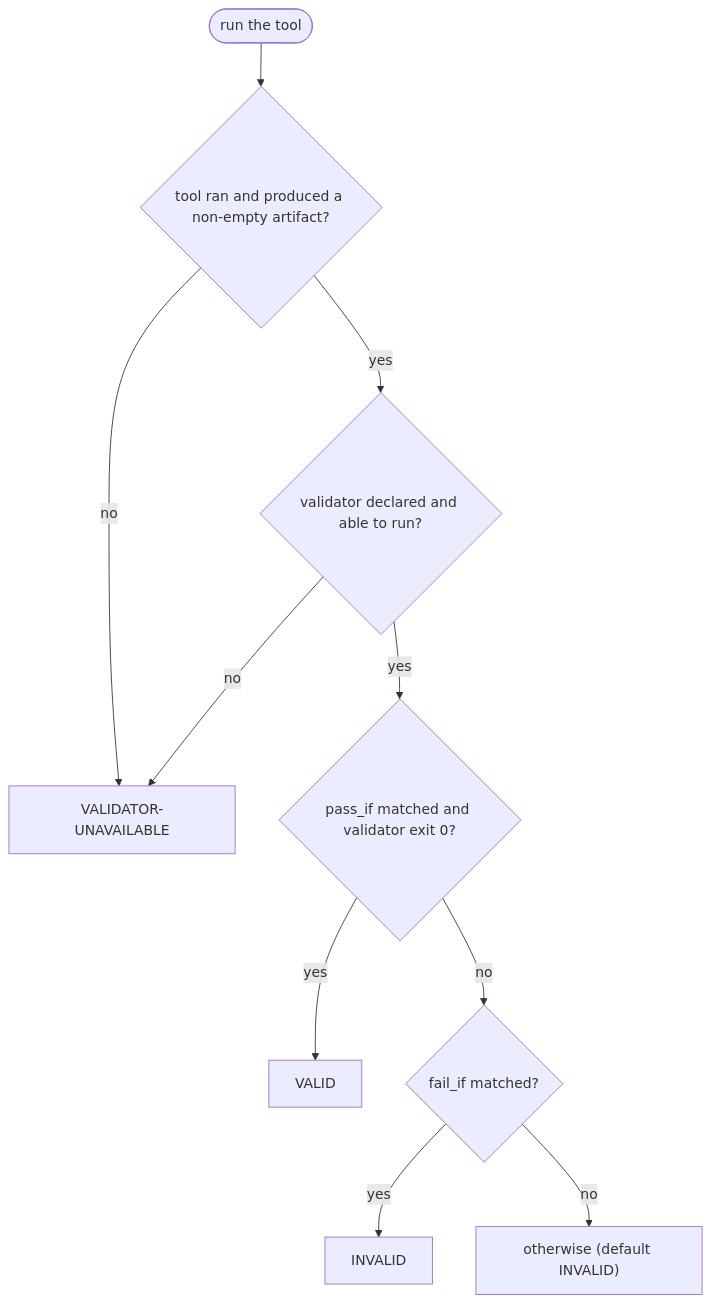
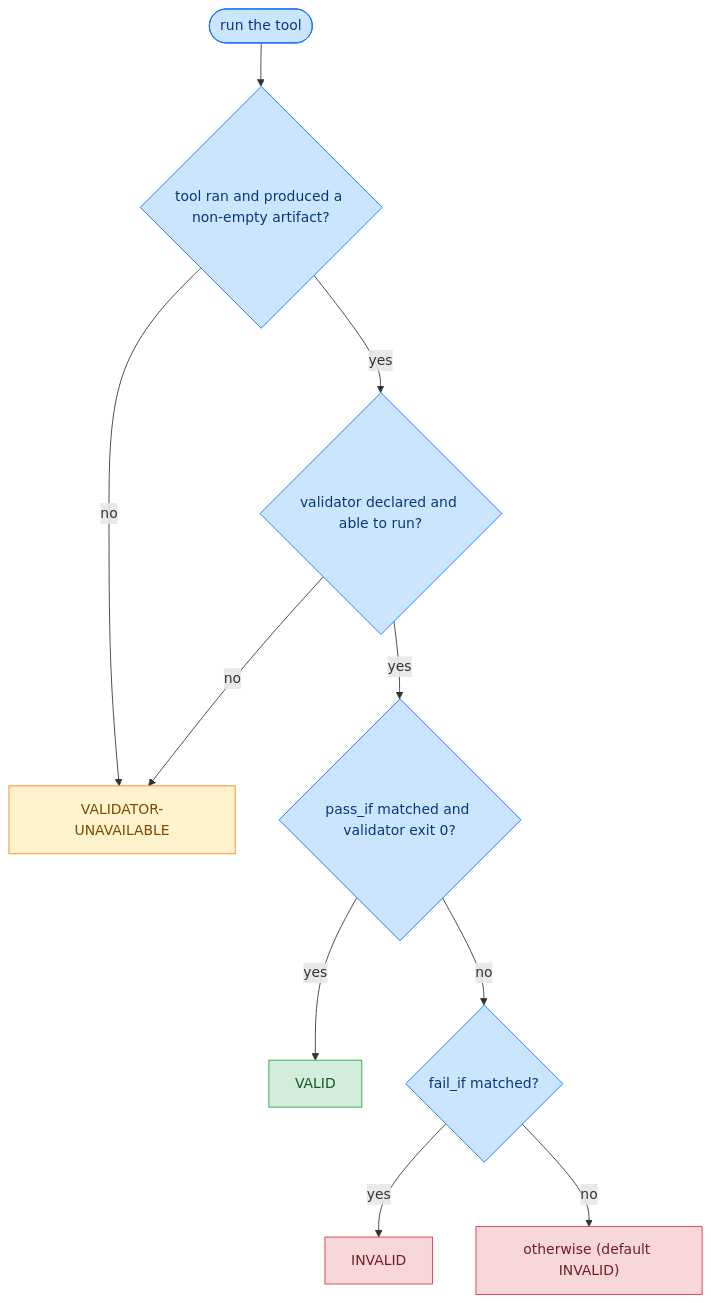
Before and after one commit to paul007ex/breachsafe-ux: the diagram in docs/explanation/three-state-verdict.md, drawn with Mermaid. The commit also changed 10 other files, not shown here.

First line of the commit message:
docs: add semantic colour to the Mermaid diagrams (#156)

````diff
--- a/docs/explanation/three-state-verdict.md
+++ b/docs/explanation/three-state-verdict.md
@@ -39,12 +39,22 @@
 ```mermaid
 flowchart TD
     run(["run the tool"]) --> tool{"tool ran and produced a non-empty artifact?"}
     tool -- no --> unavail["VALIDATOR-UNAVAILABLE"]
     tool -- yes --> vran{"validator declared and able to run?"}
     vran -- no --> unavail
     vran -- yes --> pass{"pass_if matched and validator exit 0?"}
     pass -- yes --> valid["VALID"]
     pass -- no --> rej{"fail_if matched?"}
     rej -- yes --> invalid["INVALID"]
     rej -- no --> otherwise["otherwise (default INVALID)"]
+    classDef valid       fill:#d4edda,stroke:#28a745,color:#155724;
+    classDef invalid     fill:#f8d7da,stroke:#dc3545,color:#721c24;
+    classDef unavailable fill:#fff3cd,stroke:#fd7e14,color:#7a4a00;
+    classDef process     fill:#cce5ff,stroke:#0d6efd,color:#0a3678;
+    classDef artifact    fill:#e2e3e5,stroke:#6c757d,color:#2f3336;
+    classDef external    fill:#e7d6ff,stroke:#6f42c1,color:#3d1a78;
+    class run,tool,vran,pass,rej process;
+    class valid valid;
+    class invalid,otherwise invalid;
+    class unavail unavailable;
 ```
````
